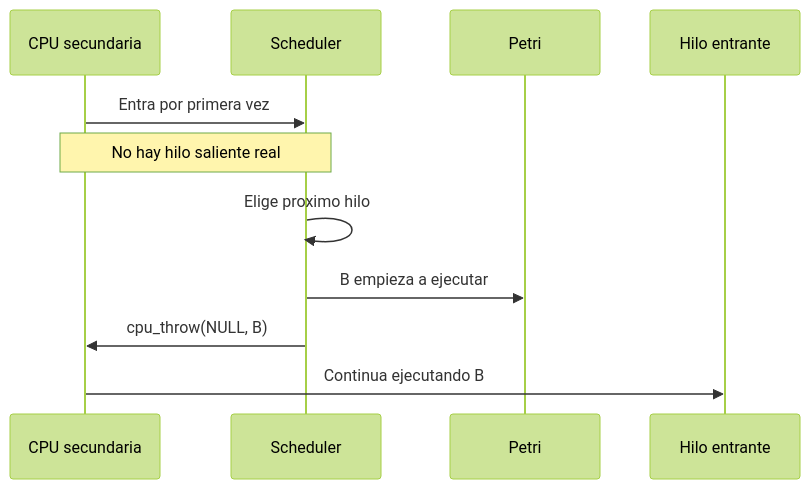
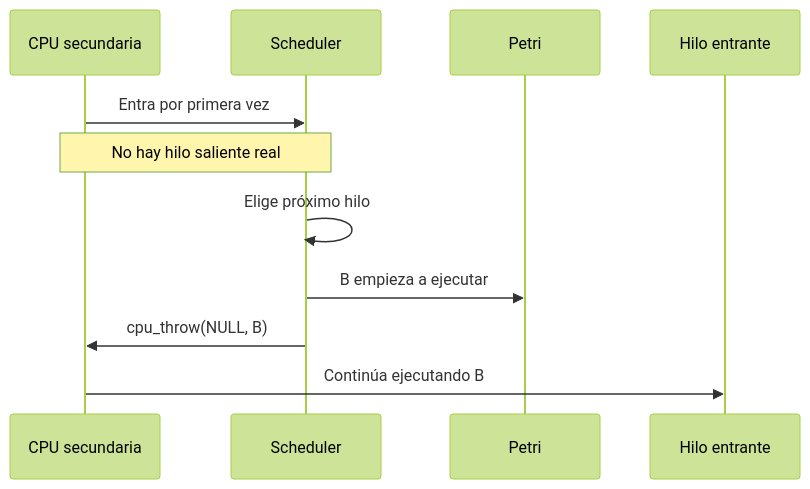
The second of 3 diagrams in project_files/migration_files/port-main/02-sched-throw.md (drudilea/free-bsd-scheduler), drawn with Mermaid (forest theme) before and after one commit. The commit also changed other lines of this file and 7 other files, not shown here.

````diff
--- a/project_files/migration_files/port-main/02-sched-throw.md
+++ b/project_files/migration_files/port-main/02-sched-throw.md
@@ -102,14 +102,14 @@
 ```mermaid
 sequenceDiagram
     participant CPU as CPU secundaria
     participant S as Scheduler
     participant P as Petri
     participant B as Hilo entrante
 
     CPU->>S: Entra por primera vez
     Note over CPU,S: No hay hilo saliente real
-    S->>S: Elige proximo hilo
+    S->>S: Elige próximo hilo
     S->>P: B empieza a ejecutar
     S->>CPU: cpu_throw(NULL, B)
-    CPU->>B: Continua ejecutando B
+    CPU->>B: Continúa ejecutando B
 ```
````
